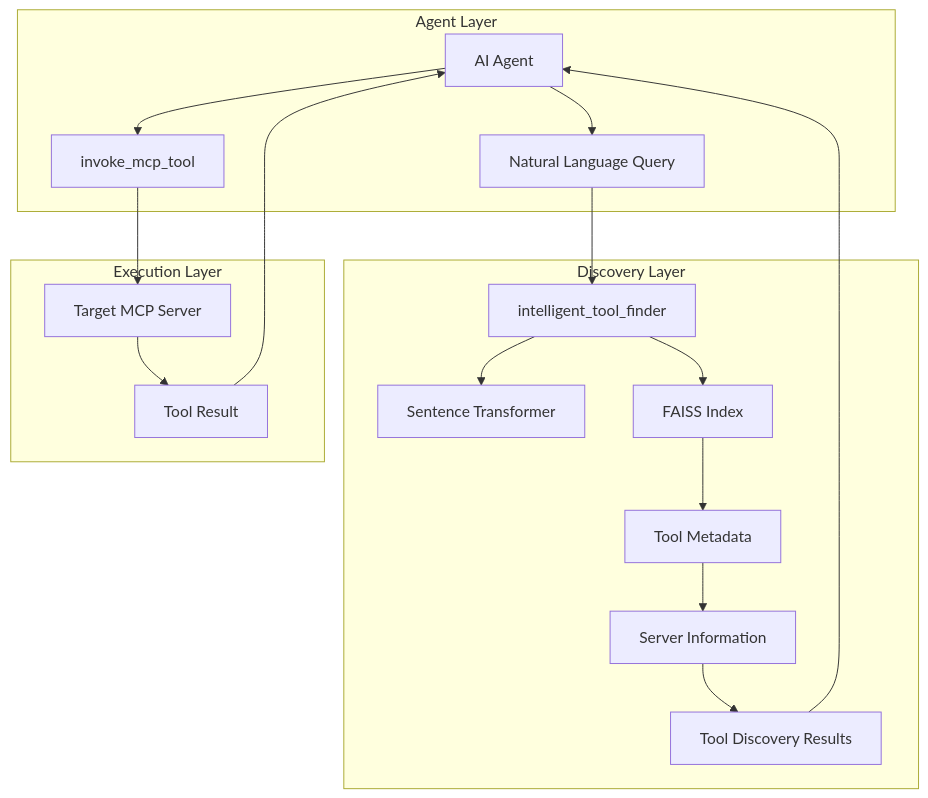
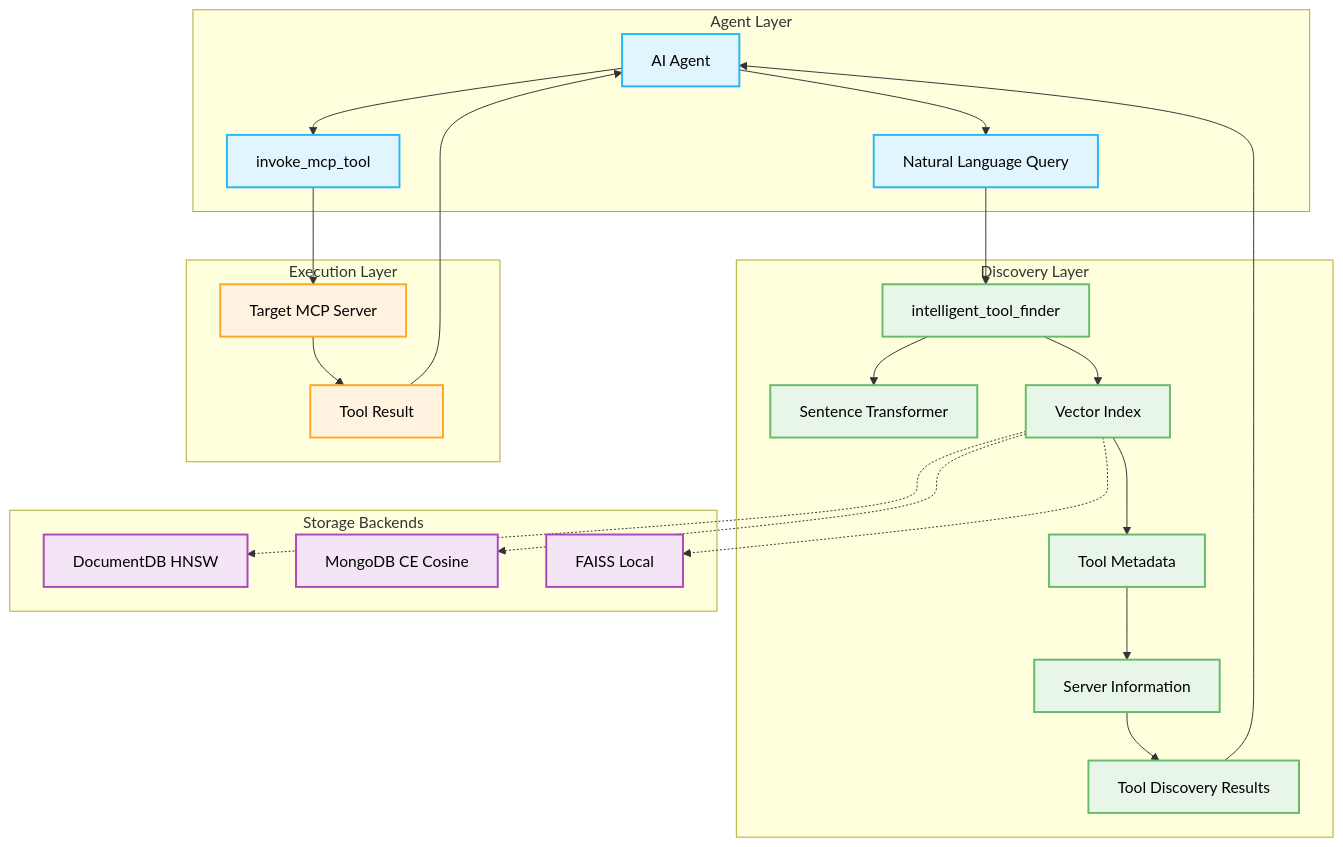
The diagram in docs/dynamic-tool-discovery.md (jrmatherly/mcp-registry-gateway), drawn with Mermaid before and after one commit. The commit also changed other lines of this file and 35 other files, not shown here.

````diff
--- a/docs/dynamic-tool-discovery.md
+++ b/docs/dynamic-tool-discovery.md
@@ -43,23 +49,40 @@
 ```mermaid
 graph TB
     subgraph "Agent Layer"
         A[AI Agent] --> B[Natural Language Query]
         A --> H[invoke_mcp_tool]
     end
 
     subgraph "Discovery Layer"
         B --> C[intelligent_tool_finder]
         C --> D[Sentence Transformer]
-        C --> E[FAISS Index]
+        C --> E[Vector Index]
         E --> F[Tool Metadata]
         F --> G[Server Information]
         G --> K[Tool Discovery Results]
         K --> A
     end
 
     subgraph "Execution Layer"
         H --> I[Target MCP Server]
         I --> J[Tool Result]
         J --> A
     end
+
+    subgraph "Storage Backends"
+        E -.-> E1[DocumentDB HNSW]
+        E -.-> E2[MongoDB CE Cosine]
+        E -.-> E3[FAISS Local]
+    end
+
+    %% Dark mode text visibility
+    classDef agent fill:#e1f5fe,stroke:#29b6f6,stroke-width:2px,color:#000
+    classDef discovery fill:#e8f5e9,stroke:#66bb6a,stroke-width:2px,color:#000
+    classDef execution fill:#fff3e0,stroke:#ffa726,stroke-width:2px,color:#000
+    classDef storage fill:#f3e5f5,stroke:#ab47bc,stroke-width:2px,color:#000
+
+    class A,B,H agent
+    class C,D,E,F,G,K discovery
+    class I,J execution
+    class E1,E2,E3 storage
 ```
````
